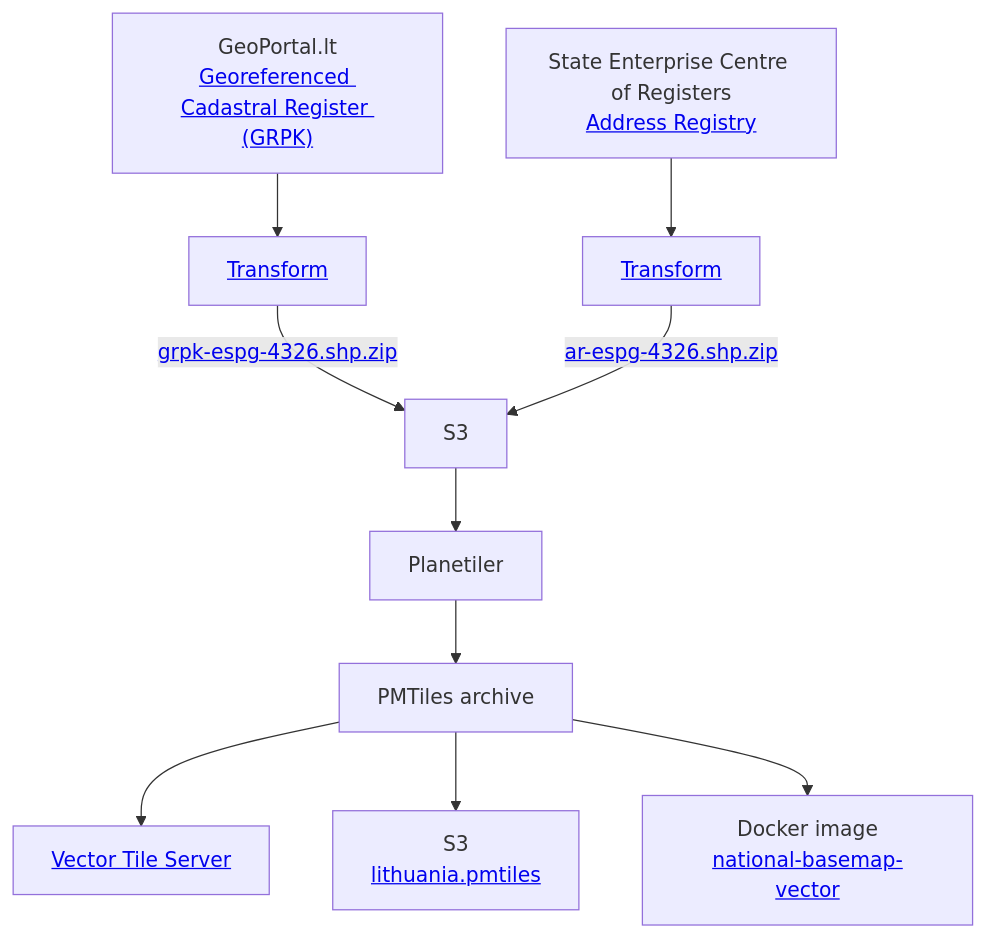
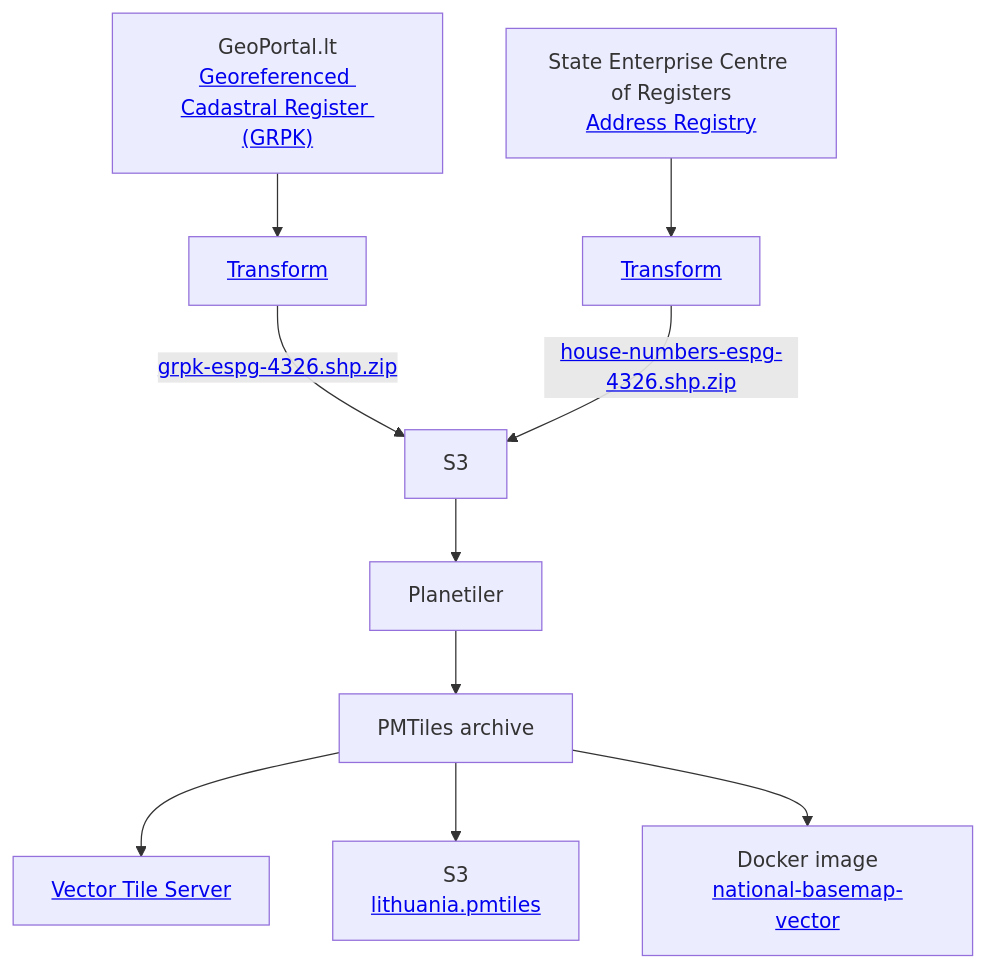
One commit to govlt/national-basemap changed the diagram in README.md. Above: the diagram before and after it, drawn with Mermaid.

Commit message:
Correct file name

````diff
--- a/README.md
+++ b/README.md
@@ -145,10 +145,10 @@
 ```mermaid
 flowchart TD
     grpk["GeoPortal.lt\n<a href="https://www.geoportal.lt/geoportal/web/georeferencinio-pagrindo-kadastras-grpk">Georeferenced Cadastral Register (GRPK)</a>"]-->transform-grpk["<a href="https://github.com/govlt/national-basemap/blob/main/.github/workflows/basemap-vector-data-source.yml">Transform</a>"]-->|"<a href="https://cdn.startupgov.lt/tiles/vector/sources/grpk/grpk-espg-4326.shp.zip">grpk-espg-4326.shp.zip</a>"|S3
-    ar["State Enterprise Centre of Registers\n<a href="https://www.registrucentras.lt/p/1187">Address Registry</a>"]-->transform-ar["<a href="https://github.com/govlt/national-basemap/blob/main/.github/workflows/basemap-vector-data-source.yml">Transform</a>"]-->|"<a href="https://cdn.startupgov.lt/tiles/vector/sources/address-registry/house-numbers-espg-4326.shp.zip">ar-espg-4326.shp.zip</a>"|S3
+    ar["State Enterprise Centre of Registers\n<a href="https://www.registrucentras.lt/p/1187">Address Registry</a>"]-->transform-ar["<a href="https://github.com/govlt/national-basemap/blob/main/.github/workflows/basemap-vector-data-source.yml">Transform</a>"]-->|"<a href="https://cdn.startupgov.lt/tiles/vector/sources/address-registry/house-numbers-espg-4326.shp.zip">house-numbers-espg-4326.shp.zip</a>"|S3
 S3-->Planetiler-->PMTiles["PMTiles archive"]
 
 PMTiles-->martin["<a href="https://vector.startupgov.lt/catalog">Vector Tile Server</a>"]
 PMTiles-->s3-pmtiles["S3\n<a href="https://cdn.startupgov.lt/tiles/vector/pmtiles/lithuania.pmtiles">lithuania.pmtiles</a>"]
 PMTiles-->docker-image["Docker image\n<a href="https://github.com/govlt/national-basemap/pkgs/container/national-basemap-vector">national-basemap-vector</a>"]
 ```
````
